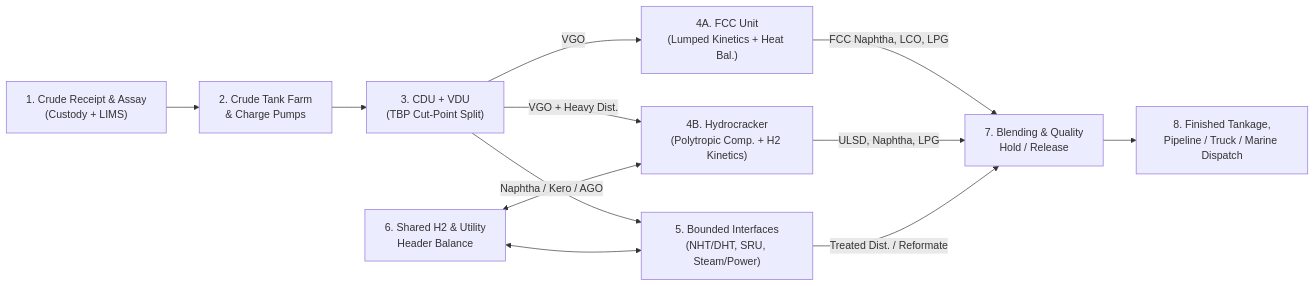
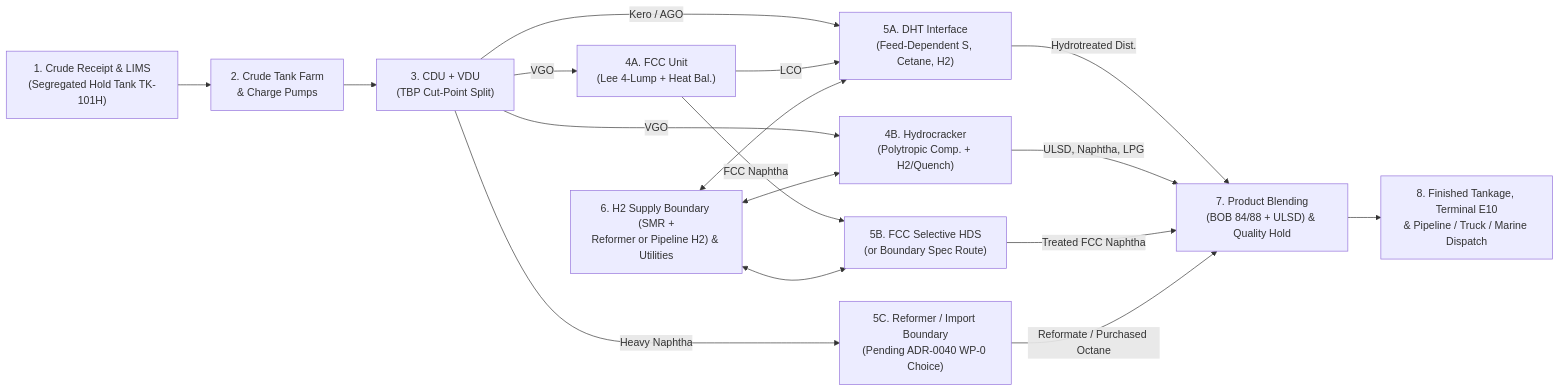
Before and after one commit to aadehamid/pearland-petroleum-corporation: the diagram in docs/enterprise-architecture/independent-review/PPC-REVIEW-002_Governing_Refinery_Equations_and_Balances.md, drawn with Mermaid. The commit also changed other lines of this file and 29 other files, not shown here.

````diff
--- a/docs/enterprise-architecture/independent-review/PPC-REVIEW-002_Governing_Refinery_Equations_and_Balances.md
+++ b/docs/enterprise-architecture/independent-review/PPC-REVIEW-002_Governing_Refinery_Equations_and_Balances.md
@@ -15,14 +29,19 @@
 ```mermaid
 flowchart LR
-    CR["1. Crude Receipt & Assay\n(Custody + LIMS)"] --> CT["2. Crude Tank Farm\n& Charge Pumps"]
+    CR["1. Crude Receipt & LIMS\n(Segregated Hold Tank TK-101H)"] --> CT["2. Crude Tank Farm\n& Charge Pumps"]
     CT --> CDU["3. CDU + VDU\n(TBP Cut-Point Split)"]
-    CDU -->|"VGO"| FCC["4A. FCC Unit\n(Lumped Kinetics + Heat Bal.)"]
-    CDU -->|"VGO + Heavy Dist."| HCU["4B. Hydrocracker\n(Polytropic Comp. + H2 Kinetics)"]
-    CDU -->|"Naphtha / Kero / AGO"| BI["5. Bounded Interfaces\n(NHT/DHT, SRU, Steam/Power)"]
-    H2["6. Shared H2 & Utility\nHeader Balance"] <--> HCU
-    H2 <--> BI
-    FCC -->|"FCC Naphtha, LCO, LPG"| BL["7. Blending & Quality\nHold / Release"]
+    CDU -->|"VGO"| FCC["4A. FCC Unit\n(Lee 4-Lump + Heat Bal.)"]
+    CDU -->|"VGO"| HCU["4B. Hydrocracker\n(Polytropic Comp. + H2/Quench)"]
+    CDU -->|"Kero / AGO"| DHT["5A. DHT Interface\n(Feed-Dependent S, Cetane, H2)"]
+    FCC -->|"LCO"| DHT
+    FCC -->|"FCC Naphtha"| FDS["5B. FCC Selective HDS\n(or Boundary Spec Route)"]
+    CDU -->|"Heavy Naphtha"| REF["5C. Reformer / Import Boundary\n(Pending ADR-0040 WP-0 Choice)"]
+    SMR["6. H2 Supply Boundary (SMR +\nReformer or Pipeline H2) & Utilities"] <--> HCU
+    SMR <--> DHT
+    SMR <--> FDS
+    DHT -->|"Hydrotreated Dist."| BL["7. Product Blending\n(BOB 84/88 + ULSD) & Quality Hold"]
     HCU -->|"ULSD, Naphtha, LPG"| BL
-    BI -->|"Treated Dist. / Reformate"| BL
-    BL --> FT["8. Finished Tankage,\nPipeline / Truck / Marine Dispatch"]
+    FDS -->|"Treated FCC Naphtha"| BL
+    REF -->|"Reformate / Purchased Octane"| BL
+    BL --> FT["8. Finished Tankage, Terminal E10\n& Pipeline / Truck / Marine Dispatch"]
 ```
````
